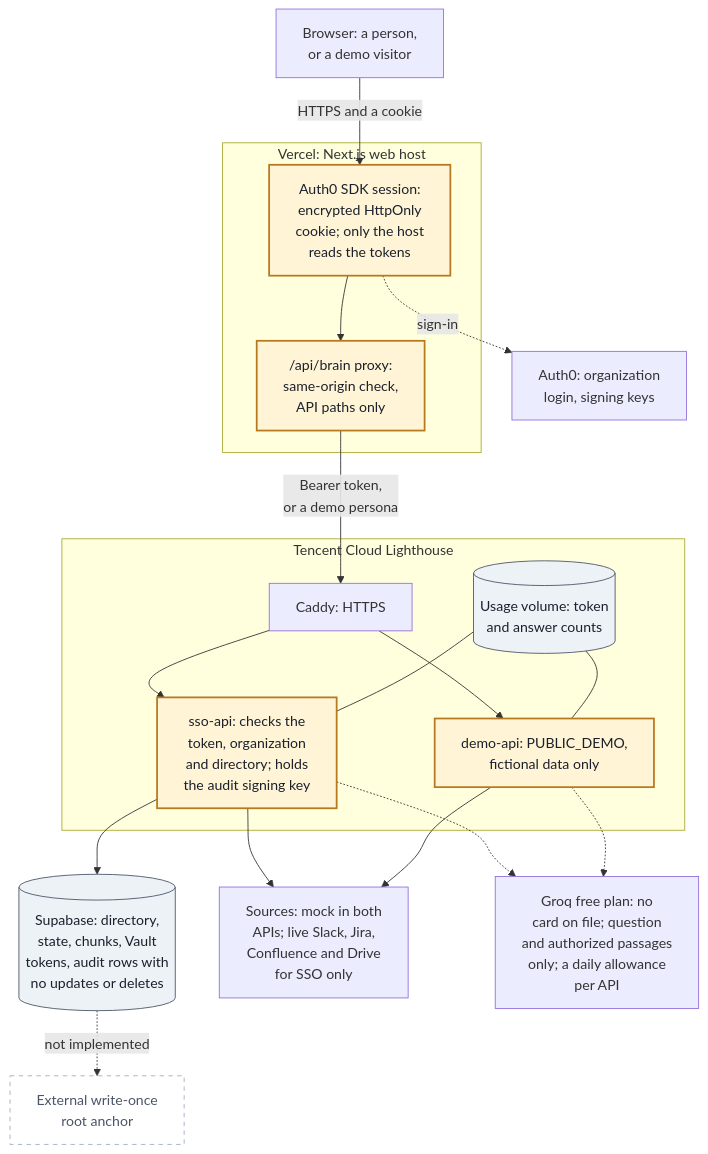
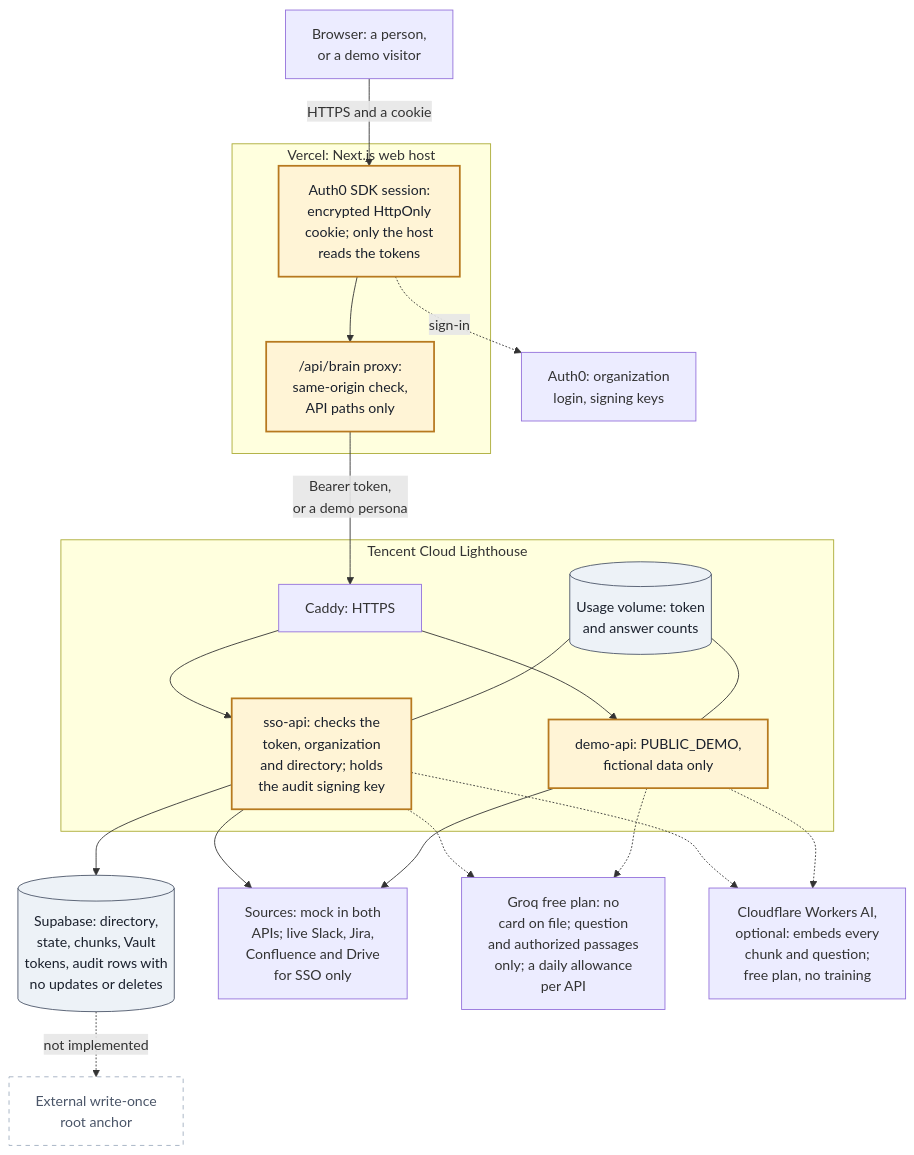
One commit to Danixjg/Broppy changed the diagram in docs/diagrams/deployment.mmd. Above: the diagram before and after it, drawn with Mermaid. The commit also changed 10 other files, not shown here.

First line of the commit message:
docs: Cloudflare embeddings in the README, settings, hosting guide and diagram; log D56

```diff
--- a/docs/diagrams/deployment.mmd
+++ b/docs/diagrams/deployment.mmd
@@ -1,44 +1,47 @@
 flowchart TB
   classDef store fill:#edf2f7,stroke:#4a5568,color:#1a202c
   classDef guard fill:#fff4d6,stroke:#b7791f,stroke-width:2px,color:#1a202c
   classDef missing fill:#ffffff,stroke:#a0aec0,stroke-dasharray:5 5,color:#4a5568
 
   Visitor["Browser: a person,<br/>or a demo visitor"]
 
   subgraph Vercel["Vercel: Next.js web host"]
     Session["Auth0 SDK session:<br/>encrypted HttpOnly<br/>cookie; only the host<br/>reads the tokens"]
     Proxy["/api/brain proxy:<br/>same-origin check,<br/>API paths only"]
   end
 
   Auth0["Auth0: organization<br/>login, signing keys"]
 
   subgraph Lighthouse["Tencent Cloud Lighthouse"]
     Caddy["Caddy: HTTPS"]
     Usage[("Usage volume: token<br/>and answer counts")]
     SsoAPI["sso-api: checks the<br/>token, organization<br/>and directory; holds<br/>the audit signing key"]
     DemoAPI["demo-api: PUBLIC_DEMO,<br/>fictional data only"]
   end
 
   Supabase[("Supabase: directory,<br/>state, chunks, Vault<br/>tokens, audit rows with<br/>no updates or deletes")]
   Sources["Sources: mock in both<br/>APIs; live Slack, Jira,<br/>Confluence and Drive<br/>for SSO only"]
   Groq["Groq free plan: no<br/>card on file; question<br/>and authorized passages<br/>only; a daily allowance<br/>per API"]
+  Embed["Cloudflare Workers AI,<br/>optional: embeds every<br/>chunk and question;<br/>free plan, no training"]
   Anchor["External write-once<br/>root anchor"]
 
   Visitor -->|"HTTPS and a cookie"| Session
   Session --> Proxy
   Session -.->|"sign-in"| Auth0
   Proxy -->|"Bearer token,<br/>or a demo persona"| Caddy
   Caddy --> SsoAPI
   Caddy --> DemoAPI
   Usage --- SsoAPI
   Usage --- DemoAPI
   SsoAPI -.-> Groq
   SsoAPI --> Supabase
   SsoAPI --> Sources
   DemoAPI --> Sources
   DemoAPI -.-> Groq
+  SsoAPI -.-> Embed
+  DemoAPI -.-> Embed
   Supabase -.->|"not implemented"| Anchor
 
   class Session,Proxy,SsoAPI,DemoAPI guard
   class Supabase,Usage store
   class Anchor missing
```
